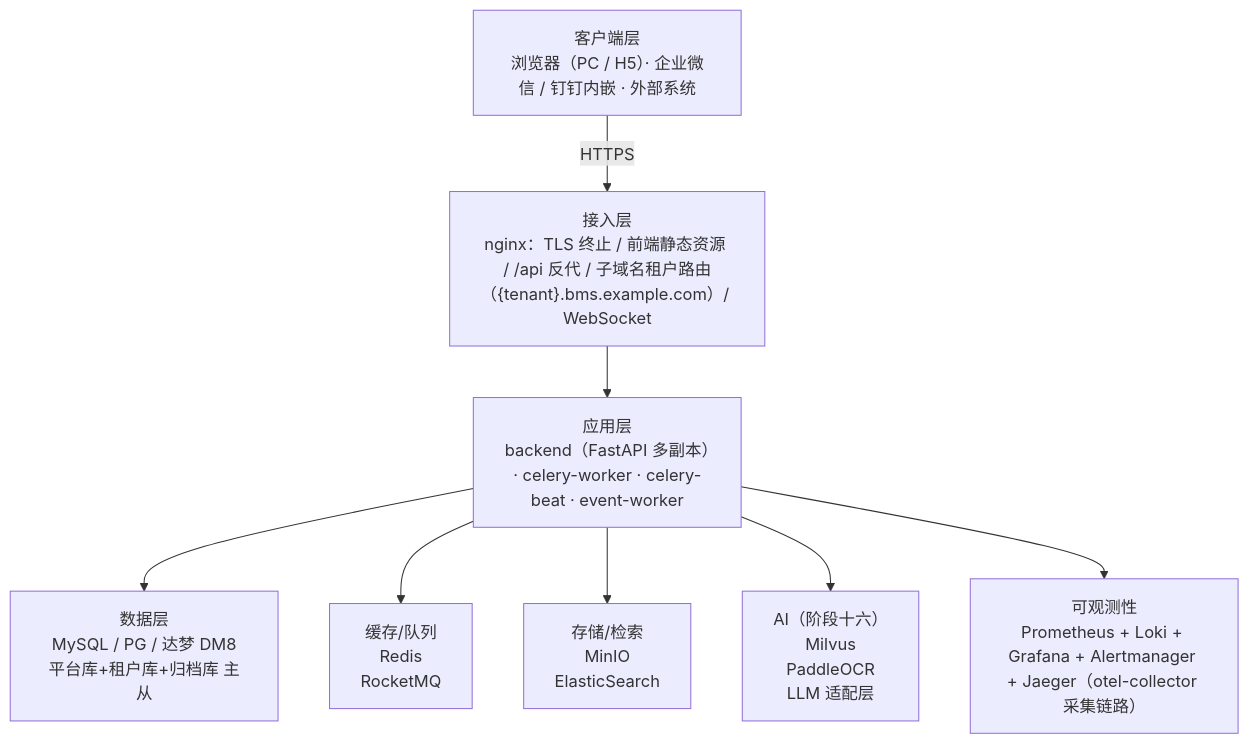
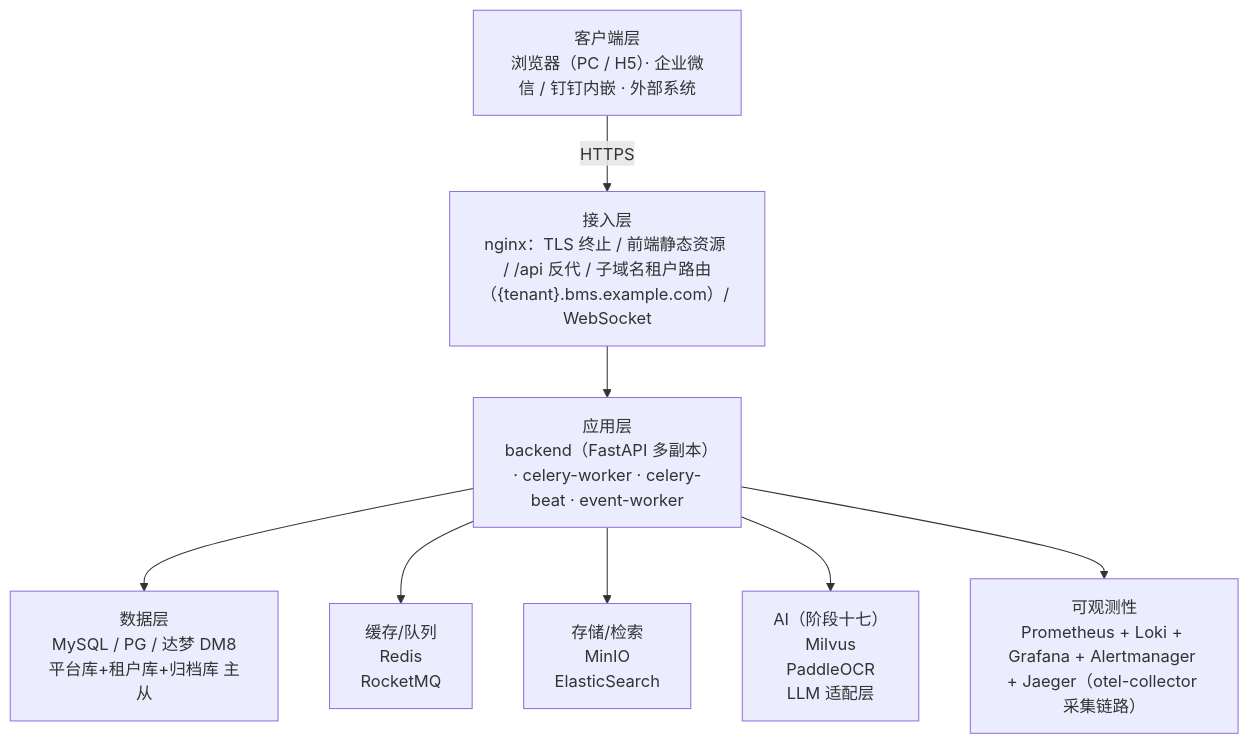
The first of 2 diagrams in bms文档/设计/架构设计/03_架构设计_总体架构.md (minjian123/basic-management-system), drawn with Mermaid before and after one commit. The commit also changed other lines of this file and 199 other files, not shown here.

````diff
--- a/bms文档/设计/架构设计/03_架构设计_总体架构.md
+++ b/bms文档/设计/架构设计/03_架构设计_总体架构.md
@@ -15,11 +15,11 @@
 ```mermaid
 graph TD
     A["客户端层<br/>浏览器（PC / H5）· 企业微信 / 钉钉内嵌 · 外部系统"]
     A -->|HTTPS| B["接入层<br/>nginx：TLS 终止 / 前端静态资源 / /api 反代 / 子域名租户路由（{tenant}.bms.example.com）/ WebSocket"]
     B --> C["应用层<br/>backend（FastAPI 多副本）· celery-worker · celery-beat · event-worker"]
     C --> D["数据层<br/>MySQL / PG / 达梦 DM8<br/>平台库+租户库+归档库 主从"]
     C --> E["缓存/队列<br/>Redis<br/>RocketMQ"]
     C --> F["存储/检索<br/>MinIO<br/>ElasticSearch"]
-    C --> G["AI（阶段十六）<br/>Milvus<br/>PaddleOCR<br/>LLM 适配层"]
+    C --> G["AI（阶段十七）<br/>Milvus<br/>PaddleOCR<br/>LLM 适配层"]
     C --> H["可观测性<br/>Prometheus + Loki + Grafana + Alertmanager + Jaeger（otel-collector 采集链路）"]
 ```
````
